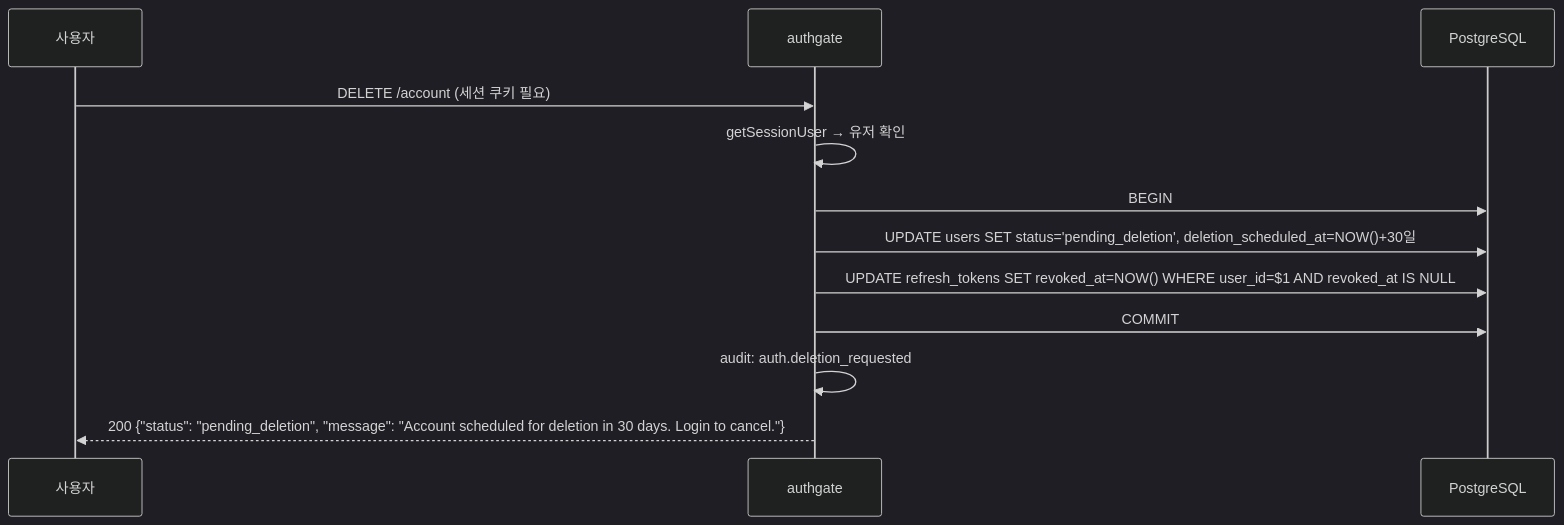
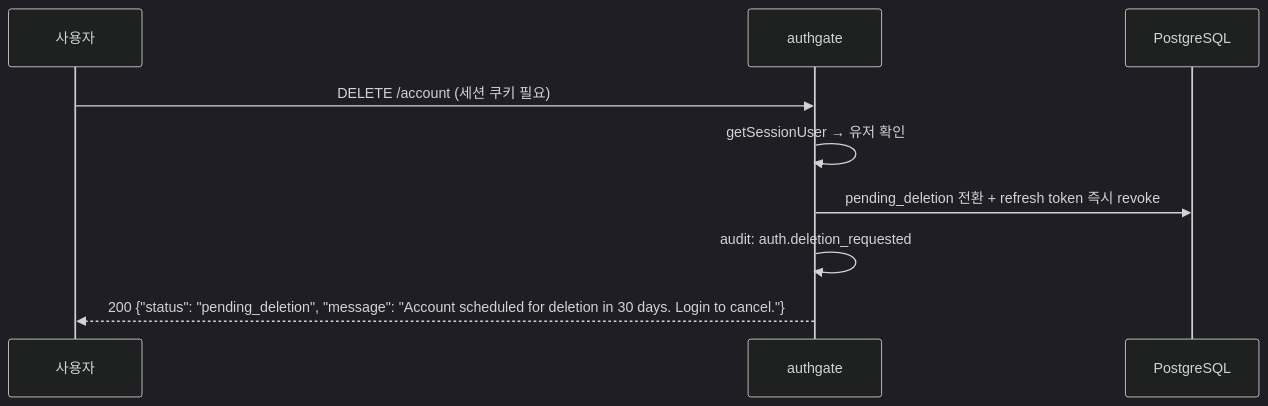
The second of 3 diagrams in docs/spec/006-account-lifecycle.md (cagojeiger/authgate), drawn with Mermaid (dark theme) before and after one commit. The commit also changed other lines of this file and 15 other files, not shown here.

````diff
--- a/docs/spec/006-account-lifecycle.md
+++ b/docs/spec/006-account-lifecycle.md
@@ -59,15 +59,12 @@
 ```mermaid
 sequenceDiagram
     participant U as 사용자
     participant AG as authgate
     participant DB as PostgreSQL
 
     U->>AG: DELETE /account (세션 쿠키 필요)
     AG->>AG: getSessionUser → 유저 확인
-    AG->>DB: BEGIN
-    AG->>DB: UPDATE users SET status='pending_deletion', deletion_scheduled_at=NOW()+30일
-    AG->>DB: UPDATE refresh_tokens SET revoked_at=NOW() WHERE user_id=$1 AND revoked_at IS NULL
-    AG->>DB: COMMIT
+    AG->>DB: pending_deletion 전환 + refresh token 즉시 revoke
     AG->>AG: audit: auth.deletion_requested
     AG-->>U: 200 {"status": "pending_deletion", "message": "Account scheduled for deletion in 30 days. Login to cancel."}
 ```
````
